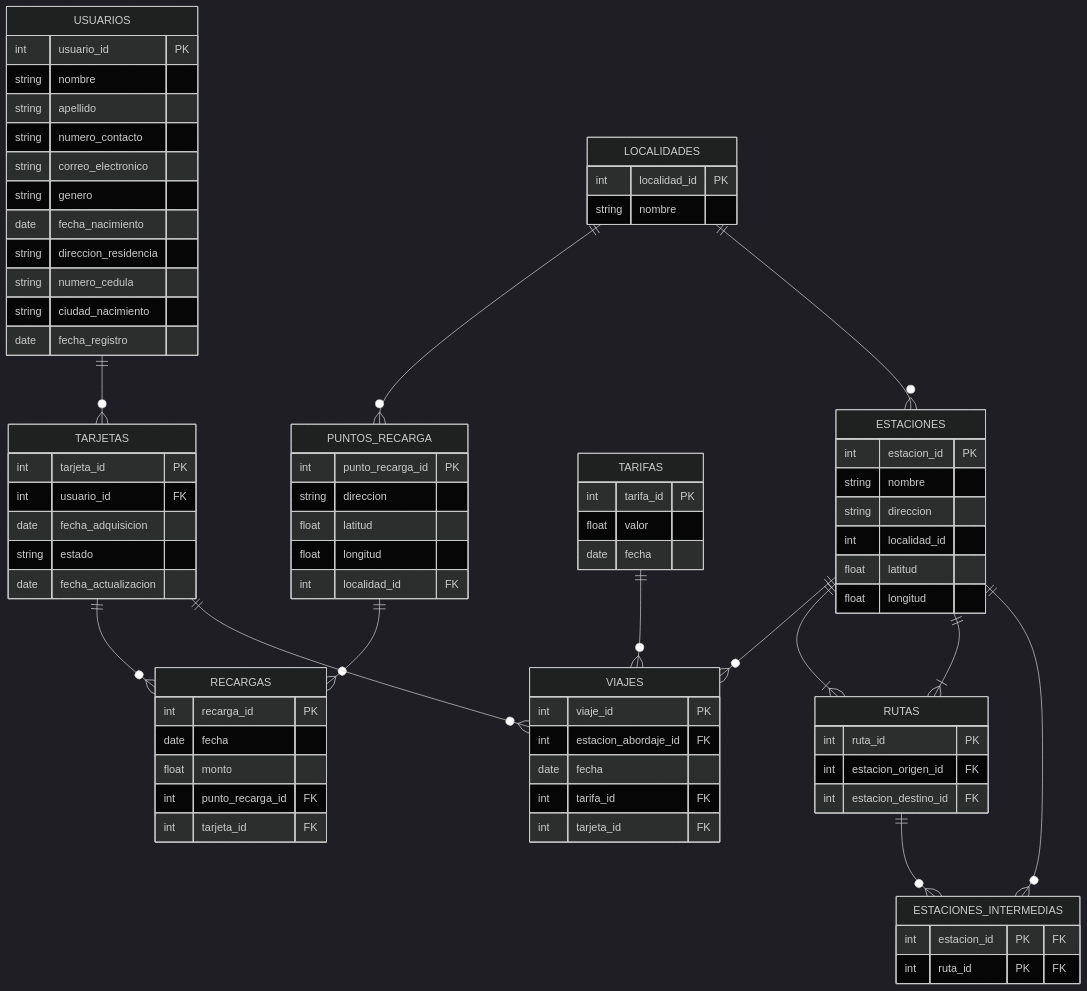
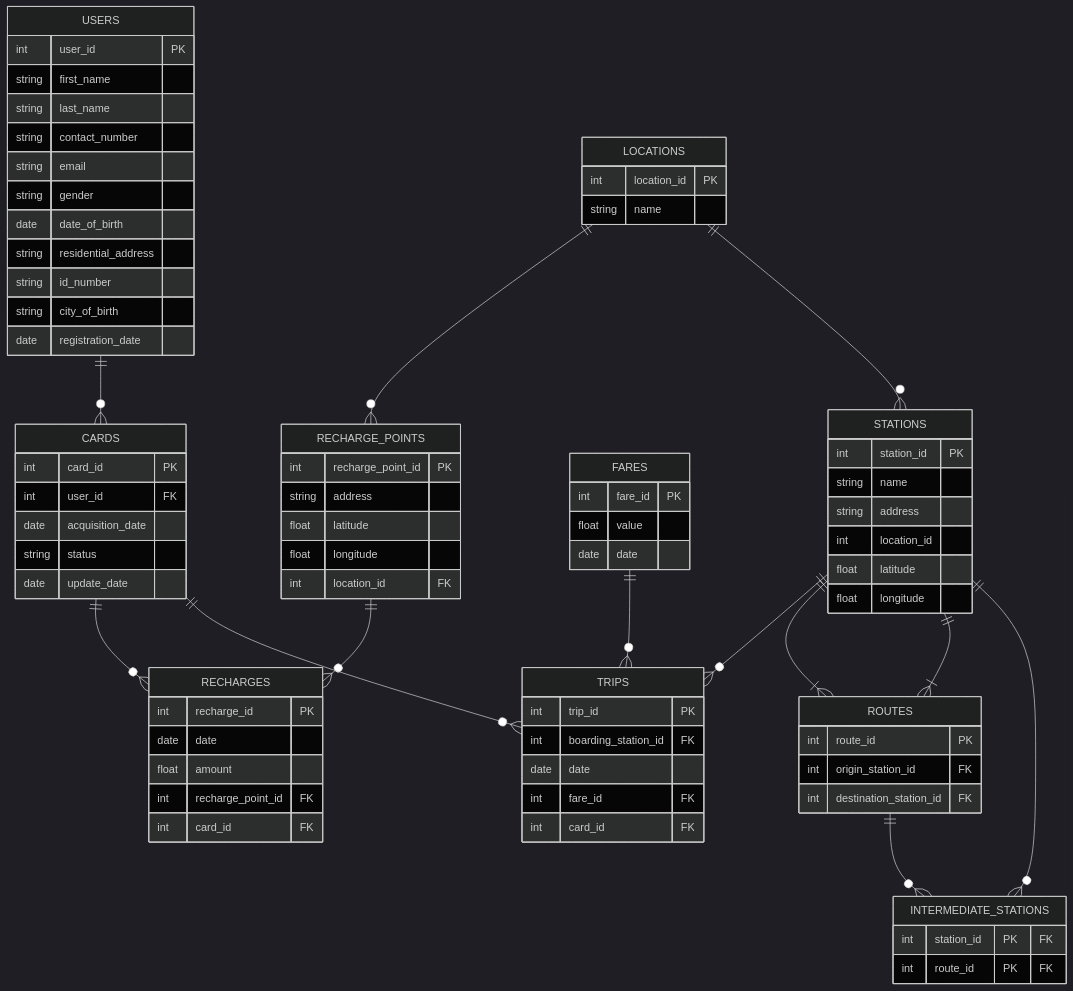
The diagram in README.md (FreddyB200/sistema-recargas-viajes-db), drawn with Mermaid (dark theme) before and after one commit. The commit also changed other lines of this file, not shown here.

````diff
--- a/README.md
+++ b/README.md
@@ -9,92 +1,92 @@
 ```mermaid
 erDiagram
-    USUARIOS {
-        int usuario_id PK
-        string nombre
-        string apellido
-        string numero_contacto
-        string correo_electronico
-        string genero
-        date fecha_nacimiento
-        string direccion_residencia
-        string numero_cedula
-        string ciudad_nacimiento
-        date fecha_registro
+    USERS {
+        int user_id PK
+        string first_name
+        string last_name
+        string contact_number
+        string email
+        string gender
+        date date_of_birth
+        string residential_address
+        string id_number
+        string city_of_birth
+        date registration_date
     }
 
-    LOCALIDADES {
-        int localidad_id PK
-        string nombre
+    LOCATIONS {
+        int location_id PK
+        string name
     }
 
-    TARJETAS {
-        int tarjeta_id PK
-        int usuario_id FK
-        date fecha_adquisicion
-        string estado
-        date fecha_actualizacion
+    CARDS {
+        int card_id PK
+        int user_id FK
+        date acquisition_date
+        string status
+        date update_date
     }
 
-    PUNTOS_RECARGA {
-        int punto_recarga_id PK
-        string direccion
-        float latitud
-        float longitud
-        int localidad_id FK
+    RECHARGE_POINTS {
+        int recharge_point_id PK
+        string address
+        float latitude
+        float longitude
+        int location_id FK
     }
 
-    TARIFAS {
-        int tarifa_id PK
-        float valor
-        date fecha
+    FARES {
+        int fare_id PK
+        float value
+        date date
     }
 
-    RECARGAS {
-        int recarga_id PK
-        date fecha
-        float monto
-        int punto_recarga_id FK
-        int tarjeta_id FK
+    RECHARGES {
+        int recharge_id PK
+        date date
+        float amount
+        int recharge_point_id FK
+        int card_id FK
     }
 
-    ESTACIONES {
-        int estacion_id PK
-        string nombre
-        string direccion
-        int localidad_id
-        float latitud
-        float longitud
+    STATIONS {
+        int station_id PK
+        string name
+        string address
+        int location_id
+        float latitude
+        float longitude
     }
 
-    RUTAS {
-        int ruta_id PK
-        int estacion_origen_id FK
-        int estacion_destino_id FK
+    ROUTES {
+        int route_id PK
+        int origin_station_id FK
+        int destination_station_id FK
     }
 
-    ESTACIONES_INTERMEDIAS {
-        int estacion_id PK "FK"
-        int ruta_id PK "FK"
+    INTERMEDIATE_STATIONS {
+        int station_id PK "FK"
+        int route_id PK "FK"
     }
 
-    VIAJES {
-        int viaje_id PK
-        int estacion_abordaje_id FK
-        date fecha
-        int tarifa_id FK
-        int tarjeta_id FK
+    TRIPS {
+        int trip_id PK
+        int boarding_station_id FK
+        date date
+        int fare_id FK
+        int card_id FK
     }
 
-    USUARIOS ||--o{ TARJETAS : ""
-    TARJETAS ||--o{ RECARGAS : ""
-    PUNTOS_RECARGA ||--o{ RECARGAS : ""
-    LOCALIDADES ||--o{ PUNTOS_RECARGA : ""
-    LOCALIDADES ||--o{ ESTACIONES : ""
-    ESTACIONES ||--o{ VIAJES : ""
-    TARJETAS ||--o{ VIAJES : ""
-    TARIFAS ||--o{ VIAJES : ""
-    ESTACIONES ||--|{ RUTAS : ""
-    ESTACIONES ||--|{ RUTAS : ""
-    RUTAS ||--o{ ESTACIONES_INTERMEDIAS : ""
-    ESTACIONES ||--o{ ESTACIONES_INTERMEDIAS : ""
+    USERS ||--o{ CARDS : ""
+    CARDS ||--o{ RECHARGES : ""
+    RECHARGE_POINTS ||--o{ RECHARGES : ""
+    LOCATIONS ||--o{ RECHARGE_POINTS : ""
+    LOCATIONS ||--o{ STATIONS : ""
+    STATIONS ||--o{ TRIPS : ""
+    CARDS ||--o{ TRIPS : ""
+    FARES ||--o{ TRIPS : ""
+    STATIONS ||--|{ ROUTES : ""
+    STATIONS ||--|{ ROUTES : ""
+    ROUTES ||--o{ INTERMEDIATE_STATIONS : ""
+    STATIONS ||--o{ INTERMEDIATE_STATIONS : ""
 ```
````
